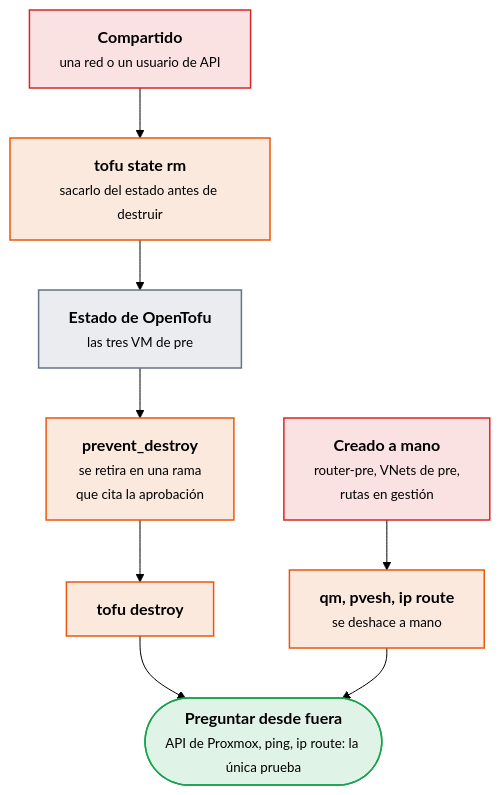
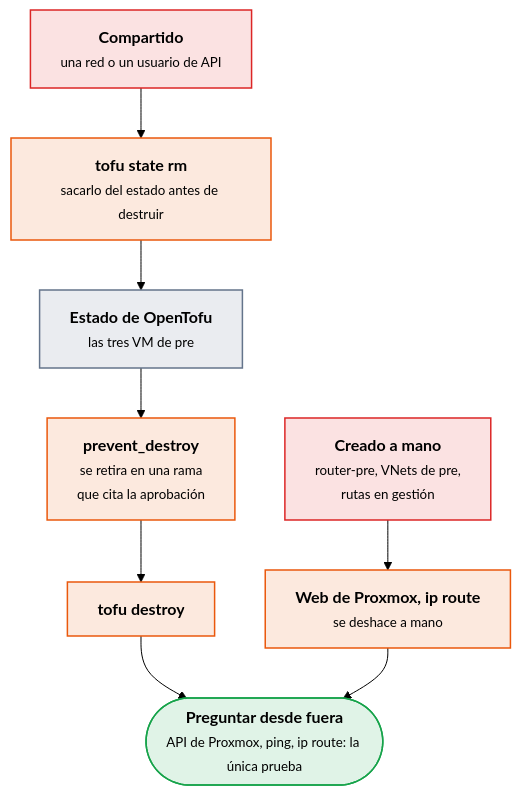
One commit to victor-educ/apuntes-5169 changed the fourth of 5 diagrams in docs/ut/ut8-terminacion-segura.md. Above: the diagram before and after it, drawn with Mermaid (forest theme). The commit also changed other lines of this file and 9 other files, not shown here.

First line of the commit message:
Proxmox del centro, interfaz web y tres correcciones de la UT1

````diff
--- a/docs/ut/ut8-terminacion-segura.md
+++ b/docs/ut/ut8-terminacion-segura.md
@@ -386,20 +386,20 @@
 ```mermaid
 flowchart TB
     E["<b>Estado de OpenTofu</b><br><small>las tres VM de pre</small>"]:::pieza
     PD["<b>prevent_destroy</b><br><small>se retira en una rama<br>que cita la aprobación</small>"]:::act
     D["<b>tofu destroy</b>"]:::act
     M["<b>Creado a mano</b><br><small>router-pre, VNets de pre,<br>rutas en gestión</small>"]:::riesgo
-    Q["<b>qm, pvesh, ip route</b><br><small>se deshace a mano</small>"]:::act
+    Q["<b>Web de Proxmox, ip route</b><br><small>se deshace a mano</small>"]:::act
     C["<b>Compartido</b><br><small>una red o un usuario de API</small>"]:::riesgo
     R["<b>tofu state rm</b><br><small>sacarlo del estado antes de destruir</small>"]:::act
     V(["<b>Preguntar desde fuera</b><br><small>API de Proxmox, ping, ip route: la única prueba</small>"]):::ok
     E --> PD --> D --> V
     M --> Q --> V
     C --> R --> E
     classDef act fill:#ea580c22,stroke:#ea580c,stroke-width:1.5px
     classDef pieza fill:#64748b22,stroke:#64748b,stroke-width:1.5px
     classDef dato fill:#2563eb22,stroke:#2563eb,stroke-width:1.5px
     classDef infra fill:#a1a1aa14,stroke:#a1a1aa,stroke-width:1.5px
     classDef ok fill:#16a34a22,stroke:#16a34a,stroke-width:1.5px
     classDef riesgo fill:#dc262622,stroke:#dc2626,stroke-width:1.5px
 ```
````
